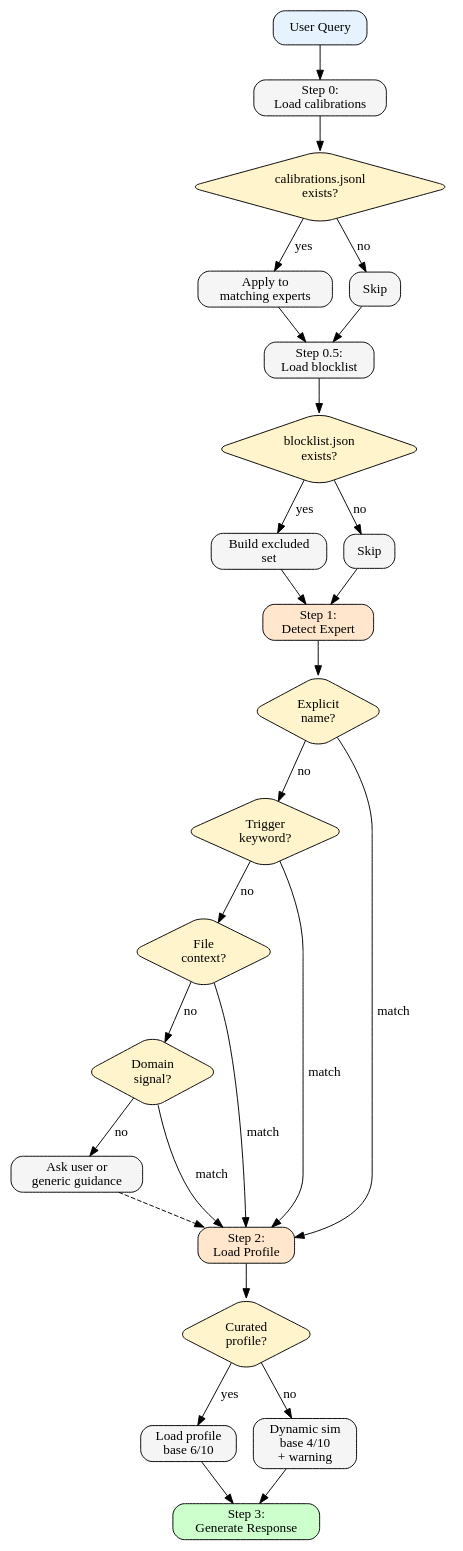
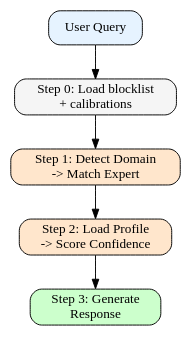
Before and after one commit to saadshahd/moo.md: the diagram in counsel/skills/counsel/SKILL.md, drawn with Graphviz. The commit also changed other lines of this file and 176 other files, not shown here.

````diff
--- a/counsel/skills/counsel/SKILL.md
+++ b/counsel/skills/counsel/SKILL.md
@@ -41,67 +38,12 @@
 ```dot
 digraph CounselWorkflow {
   rankdir=TB
   node [shape=box, style="rounded,filled", fillcolor="#f5f5f5"]
-
-  Start [label="User Query", fillcolor="#e6f3ff"]
-
-  // Step 0
-  LoadCal [label="Step 0:\nLoad calibrations"]
-  CheckCal [label="calibrations.jsonl\nexists?", shape=diamond, fillcolor="#fff4cc"]
-  ApplyCal [label="Apply to\nmatching experts"]
-  NoCal [label="Skip"]
-
-  // Step 0.5
-  LoadBlock [label="Step 0.5:\nLoad blocklist"]
-  CheckBlock [label="blocklist.json\nexists?", shape=diamond, fillcolor="#fff4cc"]
-  BuildExcluded [label="Build excluded\nset"]
-  NoBlock [label="Skip"]
-
-  // Step 1
-  Detect [label="Step 1:\nDetect Expert", fillcolor="#ffe6cc"]
-  CheckExplicit [label="Explicit\nname?", shape=diamond, fillcolor="#fff4cc"]
-  CheckKeyword [label="Trigger\nkeyword?", shape=diamond, fillcolor="#fff4cc"]
-  CheckContext [label="File\ncontext?", shape=diamond, fillcolor="#fff4cc"]
-  CheckDomain [label="Domain\nsignal?", shape=diamond, fillcolor="#fff4cc"]
-  AskUser [label="Ask user or\ngeneric guidance"]
-
-  // Step 2
-  Load [label="Step 2:\nLoad Profile", fillcolor="#ffe6cc"]
-  CheckCurated [label="Curated\nprofile?", shape=diamond, fillcolor="#fff4cc"]
-  LoadCurated [label="Load profile\nbase 6/10"]
-  LoadDynamic [label="Dynamic sim\nbase 4/10\n+ warning"]
-
-  // Step 3
-  Generate [label="Step 3:\nGenerate Response", fillcolor="#ccffcc"]
-
-  Start -> LoadCal
-  LoadCal -> CheckCal
-  CheckCal -> ApplyCal [label="yes"]
-  CheckCal -> NoCal [label="no"]
-  ApplyCal -> LoadBlock
-  NoCal -> LoadBlock
-
-  LoadBlock -> CheckBlock
-  CheckBlock -> BuildExcluded [label="yes"]
-  CheckBlock -> NoBlock [label="no"]
-  BuildExcluded -> Detect
-  NoBlock -> Detect
-
-  Detect -> CheckExplicit
-  CheckExplicit -> Load [label="match"]
-  CheckExplicit -> CheckKeyword [label="no"]
-  CheckKeyword -> Load [label="match"]
-  CheckKeyword -> CheckContext [label="no"]
-  CheckContext -> Load [label="match"]
-  CheckContext -> CheckDomain [label="no"]
-  CheckDomain -> Load [label="match"]
-  CheckDomain -> AskUser [label="no"]
-  AskUser -> Load [style=dashed]
-
-  Load -> CheckCurated
-  CheckCurated -> LoadCurated [label="yes"]
-  CheckCurated -> LoadDynamic [label="no"]
-  LoadCurated -> Generate
-  LoadDynamic -> Generate
+  Input [label="User Query", fillcolor="#e6f3ff"]
+  Blocklist [label="Step 0: Load blocklist\n+ calibrations"]
+  Detect [label="Step 1: Detect Domain\n-> Match Expert", fillcolor="#ffe6cc"]
+  Infer [label="Step 2: Load Profile\n-> Score Confidence", fillcolor="#ffe6cc"]
+  Generate [label="Step 3: Generate\nResponse", fillcolor="#ccffcc"]
+  Input -> Blocklist -> Detect -> Infer -> Generate
 }
 ```
````
